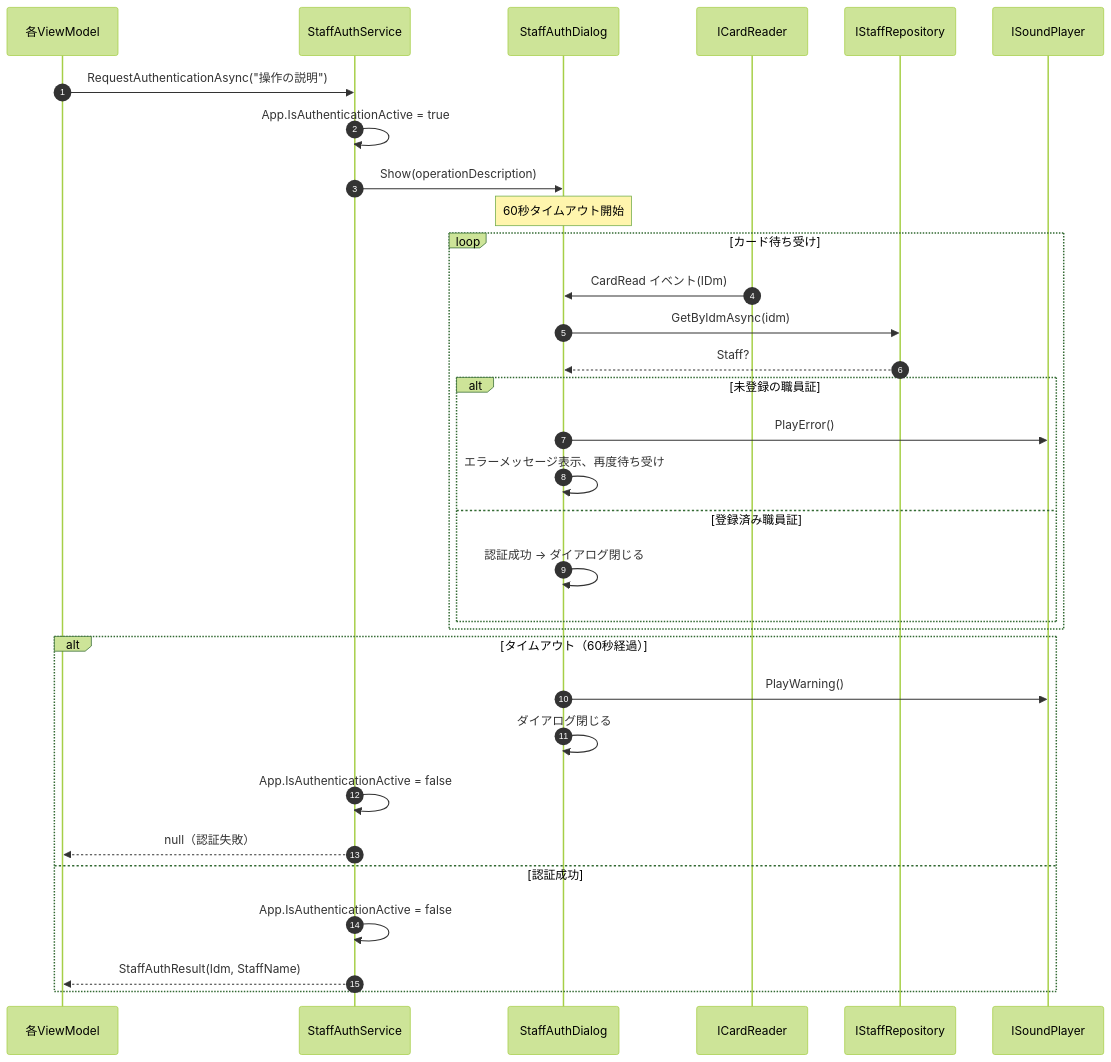
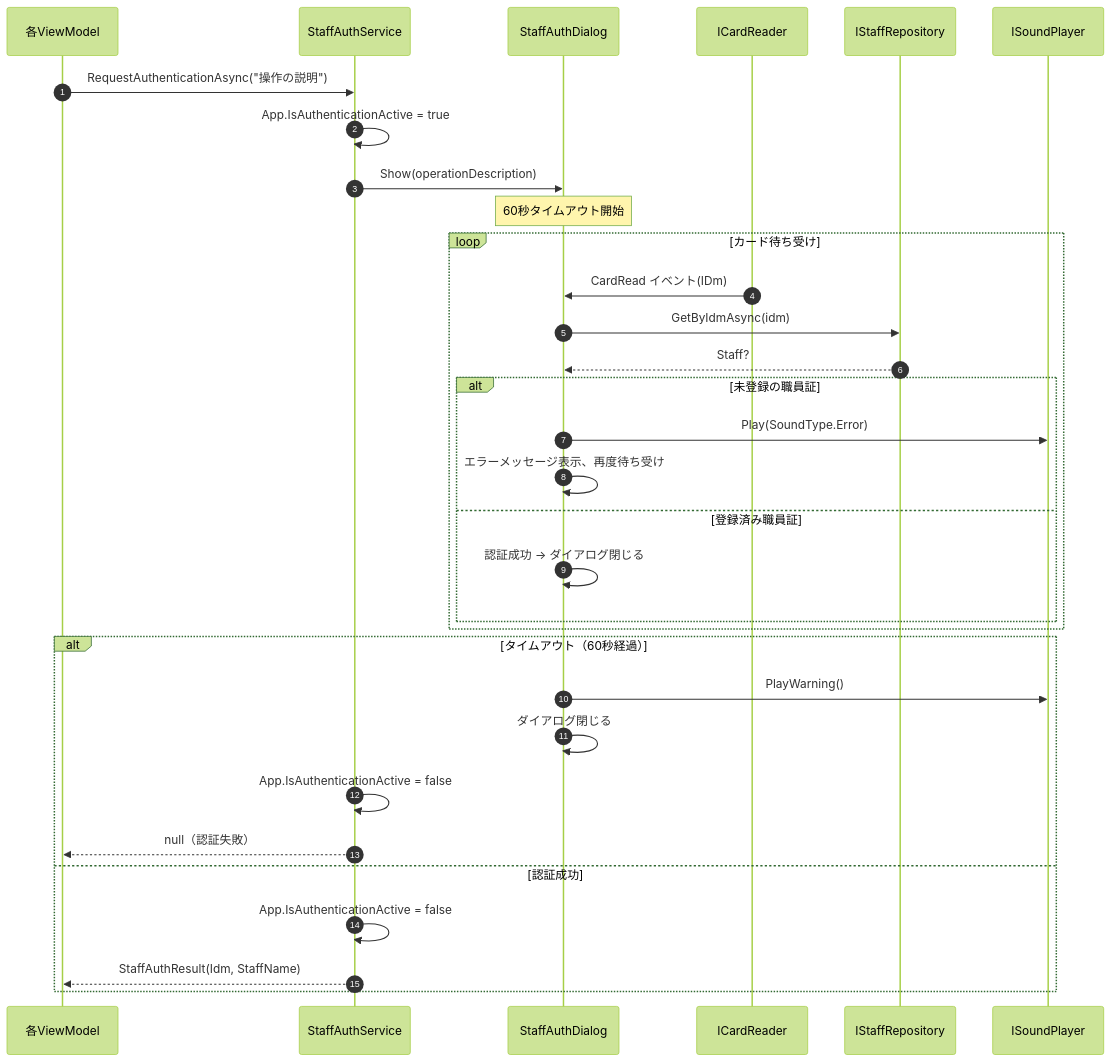
Diagram 11 of 14 in ICCardManager/docs/design/06_シーケンス図.md (kuwayamamasayuki/ICCardManager), drawn with Mermaid (forest theme) before and after one commit. The commit also changed other lines of this file, not shown here.

First line of the commit message:
docs: 06_シーケンス図を実装へ整合（サウンドAPI・バックアップ手段・用語）（ドリフト監査 D1/D9）

````diff
--- a/ICCardManager/docs/design/06_シーケンス図.md
+++ b/ICCardManager/docs/design/06_シーケンス図.md
@@ -598,40 +598,40 @@
 ```mermaid
 sequenceDiagram
     autonumber
     participant VM as 各ViewModel
     participant Auth as StaffAuthService
     participant Dialog as StaffAuthDialog
     participant Reader as ICardReader
     participant SR as IStaffRepository
     participant Sound as ISoundPlayer
 
     VM->>Auth: RequestAuthenticationAsync("操作の説明")
 
     Auth->>Auth: App.IsAuthenticationActive = true
     Auth->>Dialog: Show(operationDescription)
 
     Note over Dialog: 60秒タイムアウト開始
 
     loop カード待ち受け
         Reader->>Dialog: CardRead イベント(IDm)
         Dialog->>SR: GetByIdmAsync(idm)
         SR-->>Dialog: Staff?
 
         alt 未登録の職員証
-            Dialog->>Sound: PlayError()
+            Dialog->>Sound: Play(SoundType.Error)
             Dialog->>Dialog: エラーメッセージ表示、再度待ち受け
         else 登録済み職員証
             Dialog->>Dialog: 認証成功 → ダイアログ閉じる
         end
     end
 
     alt タイムアウト（60秒経過）
         Dialog->>Sound: PlayWarning()
         Dialog->>Dialog: ダイアログ閉じる
         Auth->>Auth: App.IsAuthenticationActive = false
         Auth-->>VM: null（認証失敗）
     else 認証成功
         Auth->>Auth: App.IsAuthenticationActive = false
         Auth-->>VM: StaffAuthResult(Idm, StaffName)
     end
 ```
````
